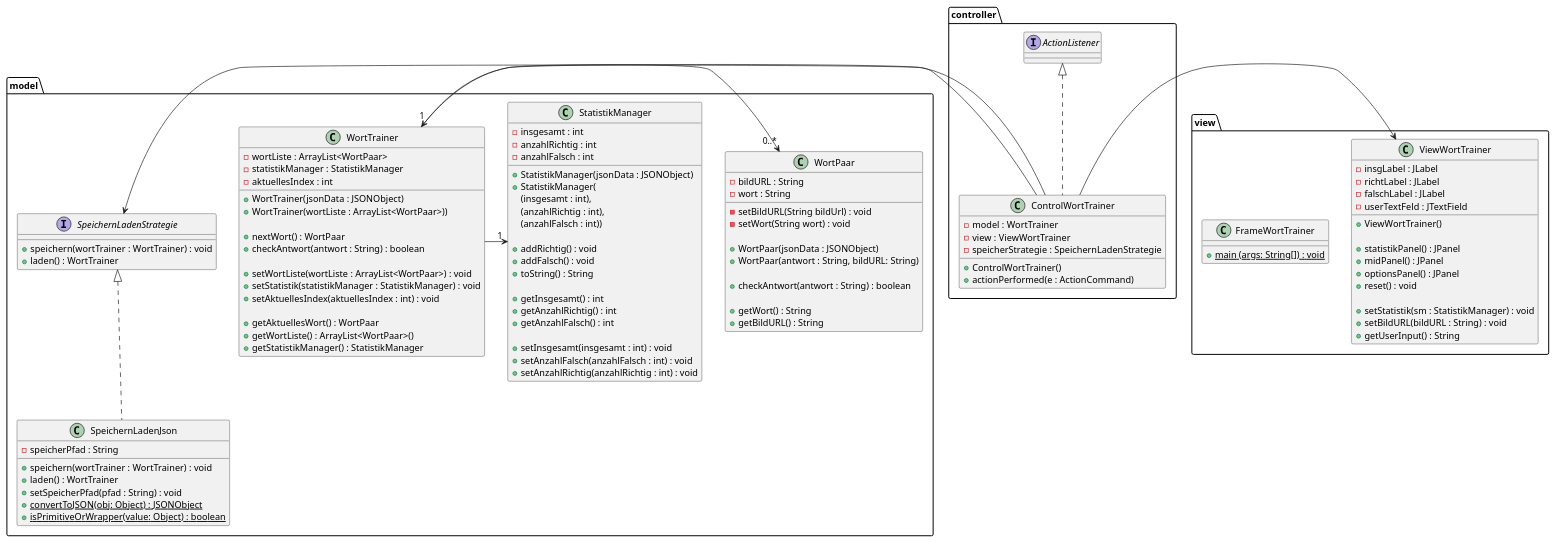
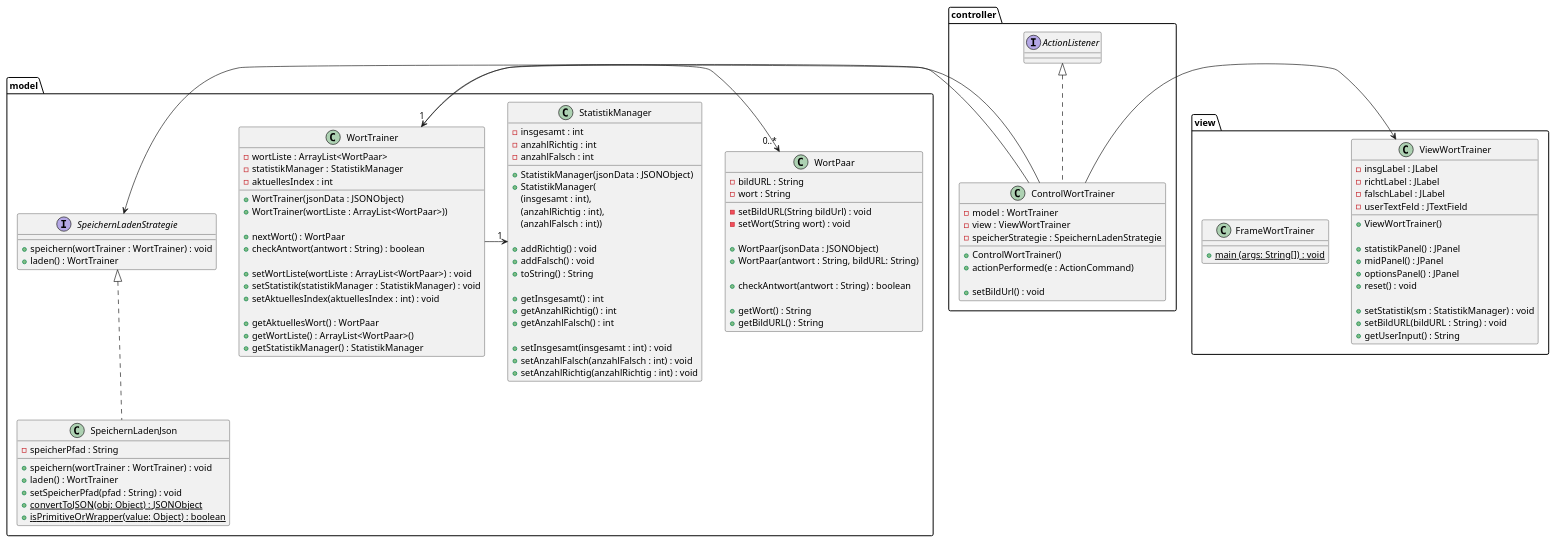
Before and after one commit to TGM-HIT/sew9-2425-worttrainer-aaabdulkarim: the diagram in Worttrainer_UML.puml, drawn with PlantUML. The commit also changed 6 other files, not shown here.

```diff
--- a/Worttrainer_UML.puml
+++ b/Worttrainer_UML.puml
@@ -1,131 +1,133 @@
 @startuml
 'https://plantuml.com/class-diagram
 
 package model {
 
     class WortPaar {
         - bildURL : String
         - wort : String
 
         - setBildURL(String bildUrl) : void
         - setWort(String wort) : void
 
         + WortPaar(jsonData : JSONObject)
         + WortPaar(antwort : String, bildURL: String)
 
         + checkAntwort(antwort : String) : boolean
 
         + getWort() : String
         + getBildURL() : String
 
     }
 
     class WortTrainer {
         - wortListe : ArrayList<WortPaar>
         - statistikManager : StatistikManager
         - aktuellesIndex : int
 
         + WortTrainer(jsonData : JSONObject)
         + WortTrainer(wortListe : ArrayList<WortPaar>))
 
         + nextWort() : WortPaar
         + checkAntwort(antwort : String) : boolean
 
         + setWortListe(wortListe : ArrayList<WortPaar>) : void
         + setStatistik(statistikManager : StatistikManager) : void
         + setAktuellesIndex(aktuellesIndex : int) : void
 
         + getAktuellesWort() : WortPaar
         + getWortListe() : ArrayList<WortPaar>()
         + getStatistikManager() : StatistikManager
 
     }
 
     class StatistikManager {
         - insgesamt : int
         - anzahlRichtig : int
         - anzahlFalsch : int
 
         + StatistikManager(jsonData : JSONObject)
         + StatistikManager(
         (insgesamt : int),
         (anzahlRichtig : int),
         (anzahlFalsch : int))
 
         + addRichtig() : void
         + addFalsch() : void
         + toString() : String
 
         + getInsgesamt() : int
         + getAnzahlRichtig() : int
         + getAnzahlFalsch() : int
 
         + setInsgesamt(insgesamt : int) : void
         + setAnzahlFalsch(anzahlFalsch : int) : void
         + setAnzahlRichtig(anzahlRichtig : int) : void
     }
 
     interface SpeichernLadenStrategie{
         + speichern(wortTrainer : WortTrainer) : void
         + laden() : WortTrainer
     }
 
     class SpeichernLadenJson implements SpeichernLadenStrategie{
         - speicherPfad : String
         + speichern(wortTrainer : WortTrainer) : void
         + laden() : WortTrainer
         + setSpeicherPfad(pfad : String) : void
         + {static} convertToJSON(obj: Object) : JSONObject
         + {static} isPrimitiveOrWrapper(value: Object) : boolean
     }
 }
 
 
 package view {
     class FrameWortTrainer{
         + {static} main (args: String[]) : void
     }
 
     class ViewWortTrainer {
         - insgLabel : JLabel
         - richtLabel : JLabel
         - falschLabel : JLabel
         - userTextFeld : JTextField
         + ViewWortTrainer()
 
         + statistikPanel() : JPanel
         + midPanel() : JPanel
         + optionsPanel() : JPanel
         + reset() : void
 
         + setStatistik(sm : StatistikManager) : void
         + setBildURL(bildURL : String) : void
         + getUserInput() : String
 
 
     }
 }
 
 package controller {
     class ControlWortTrainer implements ActionListener{
         - model : WortTrainer
         - view : ViewWortTrainer
         - speicherStrategie : SpeichernLadenStrategie
 
         + ControlWortTrainer()
         + actionPerformed(e : ActionCommand)
+
+        + setBildUrl() : void
         
     }
 }
 
 
 WortTrainer "1" -> "0..*" WortPaar
 WortTrainer -> "1" StatistikManager
 
 /' MVC Struktur'/
 ControlWortTrainer -> WortTrainer
 ControlWortTrainer -> ViewWortTrainer
 ControlWortTrainer -> SpeichernLadenStrategie
 
 
 @enduml
```
